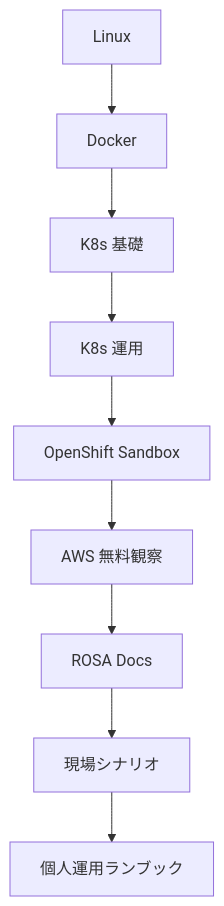
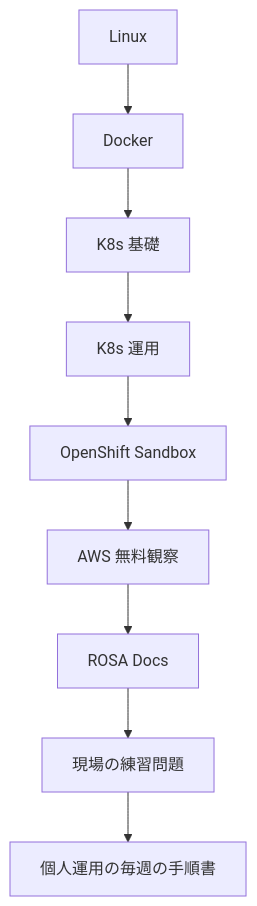
One commit to MOROISME/k8s-openshift-rosa-hands-on changed the diagram in README.md. Above: the diagram before and after it, drawn with Mermaid. The commit also changed other lines of this file and 22 other files, not shown here.

````diff
--- a/README.md
+++ b/README.md
@@ -37,11 +37,11 @@
 ```mermaid
 flowchart TD
     A[Linux] --> B[Docker]
     B --> C[K8s 基礎]
     C --> D[K8s 運用]
     D --> E[OpenShift Sandbox]
     E --> F[AWS 無料観察]
     F --> G[ROSA Docs]
-    G --> H[現場シナリオ]
-    H --> I[個人運用ランブック]
+    G --> H[現場の練習問題]
+    H --> I[個人運用の毎週の手順書]
 ```
````
